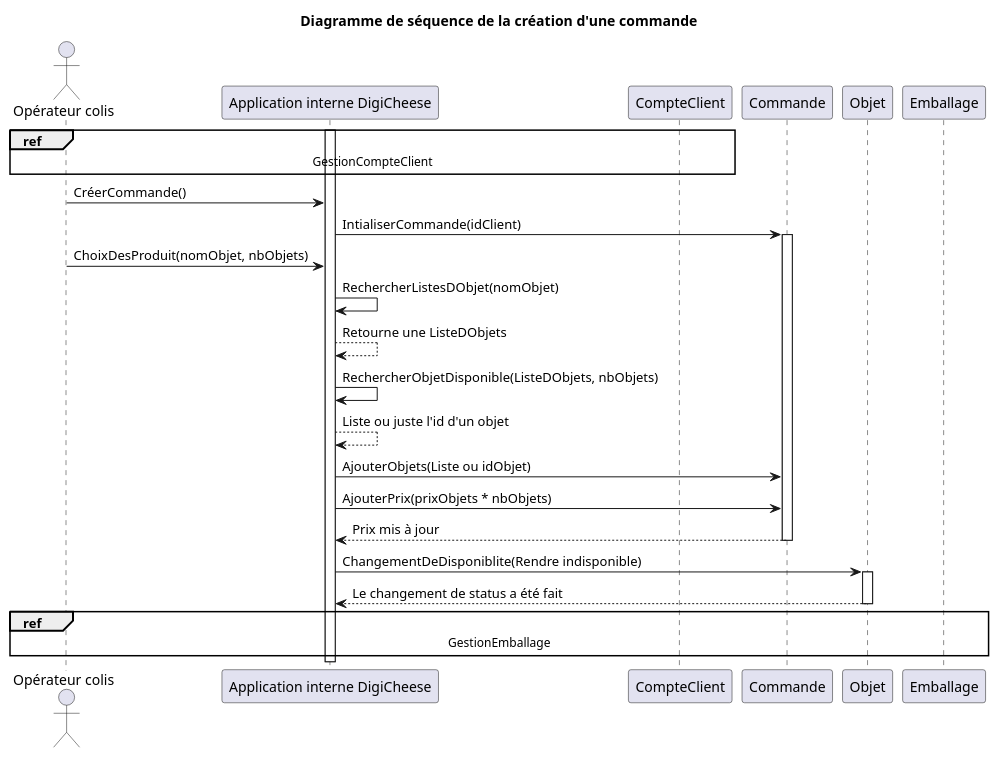
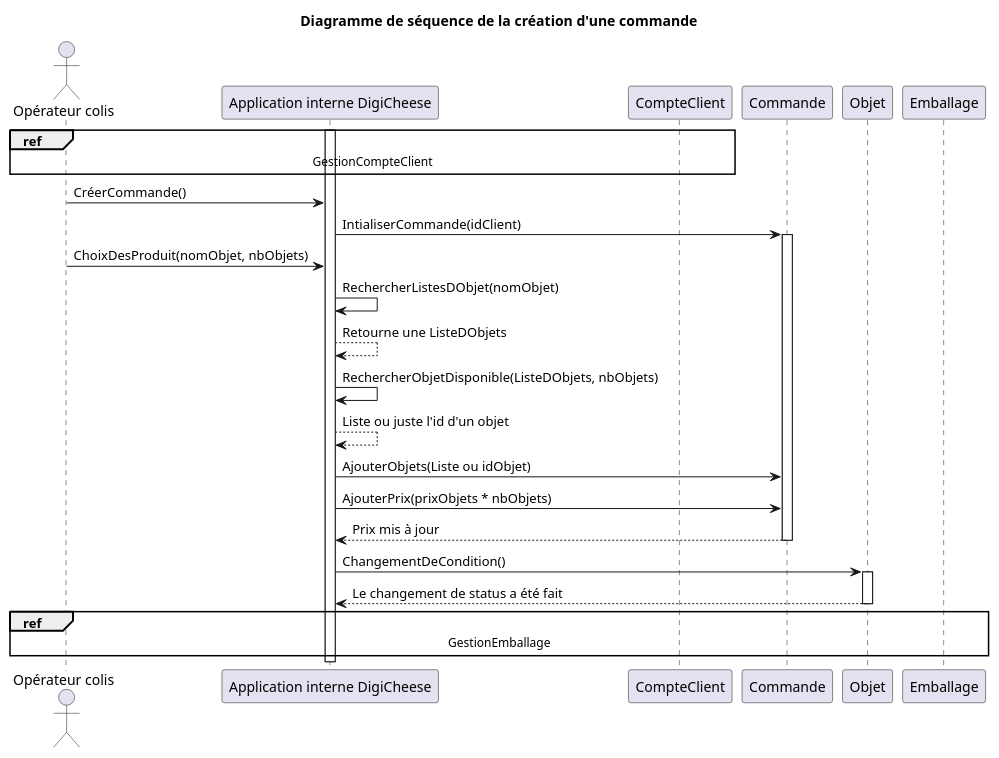
One commit to Bluwen/Conception_d_une_application_informatique changed the diagram in Cas_séquence/Creer_une_commande.puml. Above: the diagram before and after it, drawn with PlantUML. The commit also changed 6 other files, not shown here.

```diff
--- a/Cas_séquence/Creer_une_commande.puml
+++ b/Cas_séquence/Creer_une_commande.puml
@@ -1,41 +1,41 @@
 @startuml Diagramme de séquence de la création d'une commande
 
 actor "Opérateur colis"
 
 participant "Application interne DigiCheese"
 activate "Application interne DigiCheese"
 ref over "Opérateur colis", "Application interne DigiCheese", CompteClient : GestionCompteClient
 
 "Opérateur colis" -> "Application interne DigiCheese" : CréerCommande()
 
 
 "Application interne DigiCheese" -> Commande : IntialiserCommande(idClient)
 activate Commande 
 
 'Commande -> Client : DemandeID()
 'Client --> Commande : RetourneID
 
 'Commande -> "Application interne DigiCheese" : DemanderDonner()
 '"Application interne DigiCheese" -> "Opérateur colis" : RentrerInformationCommande()
 
 "Opérateur colis" -> "Application interne DigiCheese" : ChoixDesProduit(nomObjet, nbObjets)
 "Application interne DigiCheese" -> "Application interne DigiCheese" : RechercherListesDObjet(nomObjet)
 "Application interne DigiCheese" --> "Application interne DigiCheese" : Retourne une ListeDObjets
 "Application interne DigiCheese" -> "Application interne DigiCheese" : RechercherObjetDisponible(ListeDObjets, nbObjets)
 "Application interne DigiCheese" --> "Application interne DigiCheese" : Liste ou juste l'id d'un objet
 "Application interne DigiCheese" -> Commande : AjouterObjets(Liste ou idObjet)
 
 "Application interne DigiCheese" -> Commande : AjouterPrix(prixObjets * nbObjets)
 Commande --> "Application interne DigiCheese" : Prix mis à jour
 deactivate Commande
 
-"Application interne DigiCheese" -> Objet : ChangementDeDisponiblite(Rendre indisponible)
+"Application interne DigiCheese" -> Objet : ChangementDeCondition()
 activate Objet
 
 Objet --> "Application interne DigiCheese" : Le changement de status a été fait
 deactivate Objet
 
 ref over "Opérateur colis", "Application interne DigiCheese", Commande, Emballage : GestionEmballage
 
 title Diagramme de séquence de la création d'une commande
 @enduml
```
